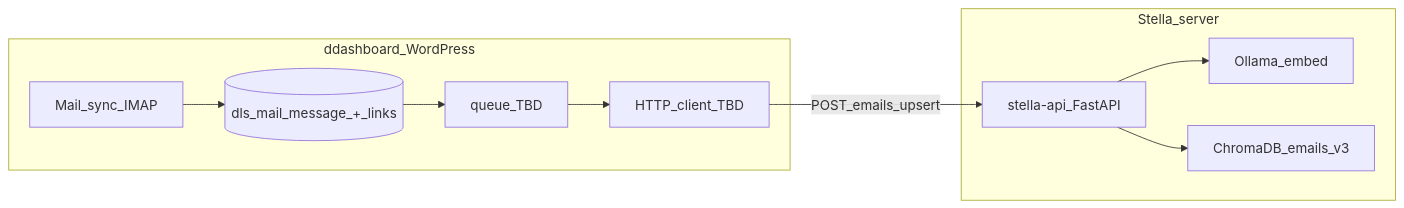
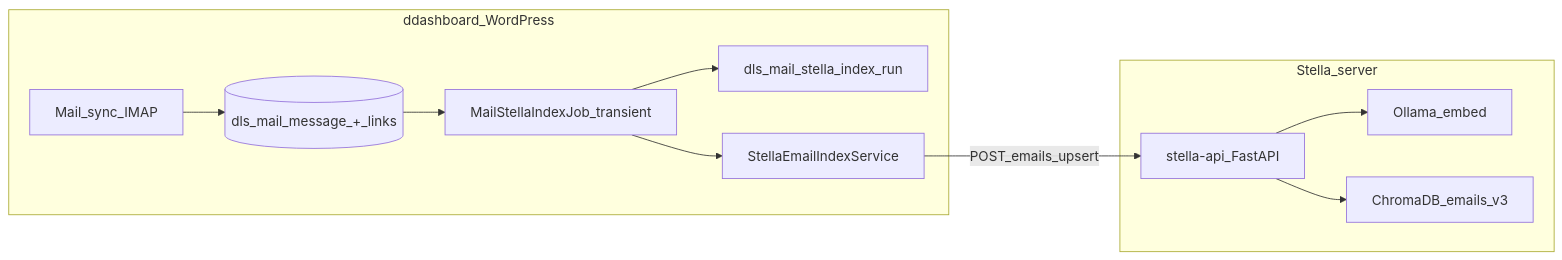
The diagram in integration/ddashboard-and-stella-server.md (dominikliss/stella-docs), drawn with Mermaid before and after one commit. The commit also changed other lines of this file and 6 other files, not shown here.

First line of the commit message:
Docs: async Stella chroma-index runs (dls_mail_stella_index_run, REST start/step)

````diff
--- a/integration/ddashboard-and-stella-server.md
+++ b/integration/ddashboard-and-stella-server.md
@@ -40,20 +40,22 @@
 ```mermaid
 flowchart LR
   subgraph wp [ddashboard_WordPress]
     IMAP[Mail_sync_IMAP]
     DB[(dls_mail_message_+_links)]
-    Q[queue_TBD]
-    CLIENT[HTTP_client_TBD]
+    RUN[dls_mail_stella_index_run]
+    JOB[MailStellaIndexJob_transient]
+    CLIENT[StellaEmailIndexService]
   end
   subgraph stella [Stella_server]
     API[stella-api_FastAPI]
     OLL[Ollama_embed]
     CHR[ChromaDB_emails_v3]
   end
   IMAP --> DB
-  DB --> Q
-  Q --> CLIENT
+  DB --> JOB
+  JOB --> RUN
+  JOB --> CLIENT
   CLIENT -->|POST_emails_upsert| API
   API --> OLL
   API --> CHR
 ```
````
